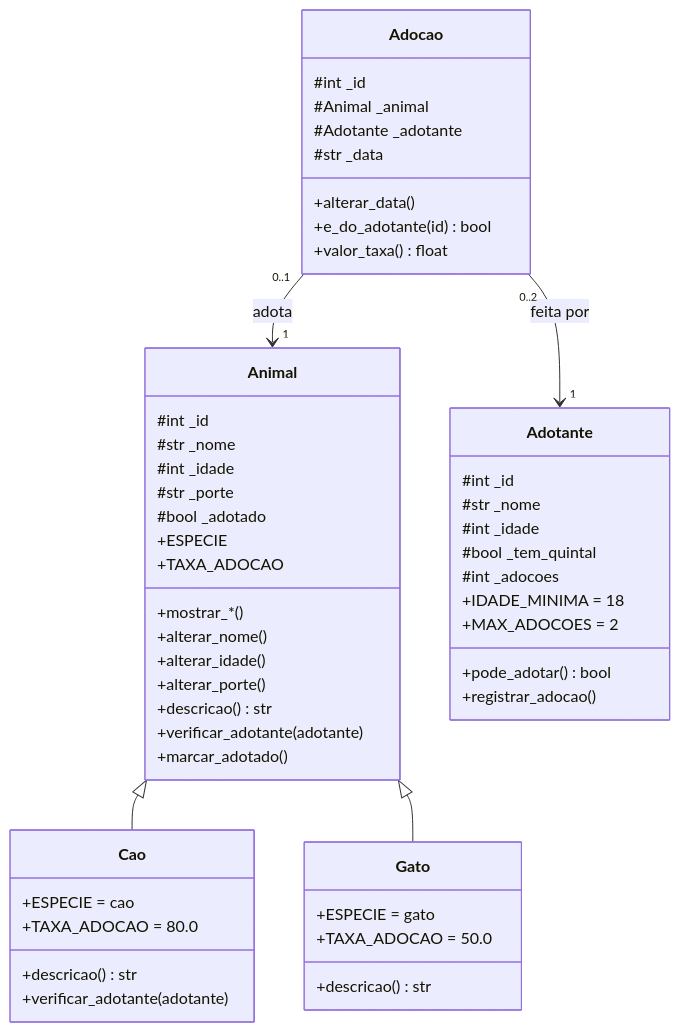
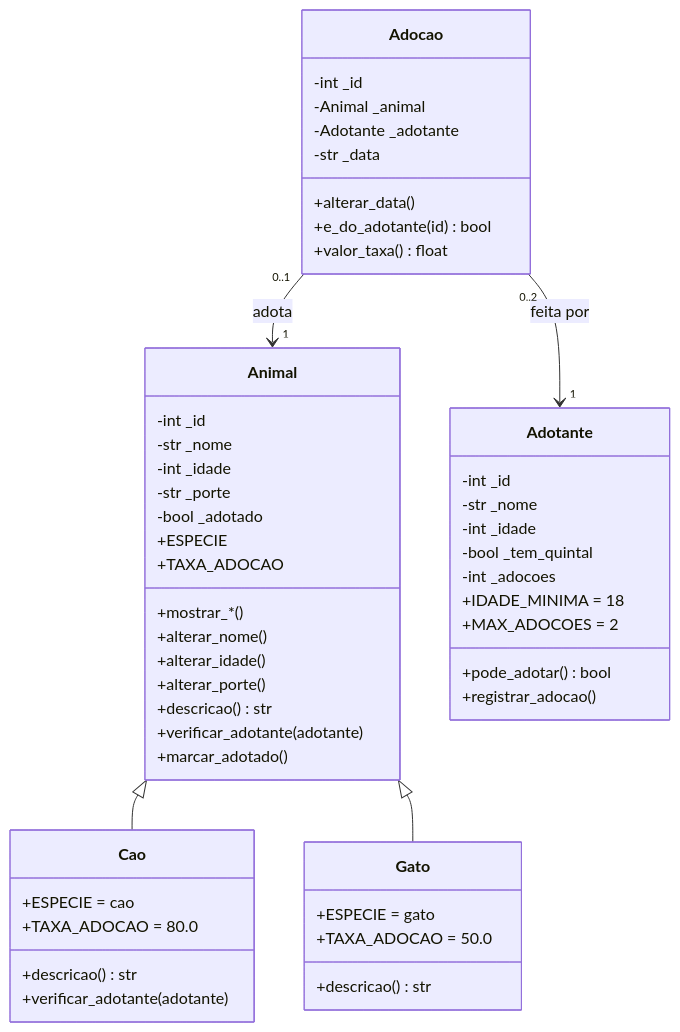
Before and after one commit to qqiew/adocao-animais-kioferta: the diagram in README.md, drawn with Mermaid. The commit also changed other lines of this file, not shown here.

Commit message:
ajuste final do readme

````diff
--- a/README.md
+++ b/README.md
@@ -78,54 +86,54 @@
 ```mermaid
 classDiagram
     class Animal {
-        #int _id
-        #str _nome
-        #int _idade
-        #str _porte
-        #bool _adotado
+        -int _id
+        -str _nome
+        -int _idade
+        -str _porte
+        -bool _adotado
         +ESPECIE
         +TAXA_ADOCAO
         +mostrar_*()
         +alterar_nome()
         +alterar_idade()
         +alterar_porte()
         +descricao() str
         +verificar_adotante(adotante)
         +marcar_adotado()
     }
     class Cao {
         +ESPECIE = cao
         +TAXA_ADOCAO = 80.0
         +descricao() str
         +verificar_adotante(adotante)
     }
     class Gato {
         +ESPECIE = gato
         +TAXA_ADOCAO = 50.0
         +descricao() str
     }
     class Adotante {
-        #int _id
-        #str _nome
-        #int _idade
-        #bool _tem_quintal
-        #int _adocoes
+        -int _id
+        -str _nome
+        -int _idade
+        -bool _tem_quintal
+        -int _adocoes
         +IDADE_MINIMA = 18
         +MAX_ADOCOES = 2
         +pode_adotar() bool
         +registrar_adocao()
     }
     class Adocao {
-        #int _id
-        #Animal _animal
-        #Adotante _adotante
-        #str _data
+        -int _id
+        -Animal _animal
+        -Adotante _adotante
+        -str _data
         +alterar_data()
         +e_do_adotante(id) bool
         +valor_taxa() float
     }
     Animal <|-- Cao
     Animal <|-- Gato
     Adocao "0..1" --> "1" Animal : adota
     Adocao "0..2" --> "1" Adotante : feita por
 ```
````
